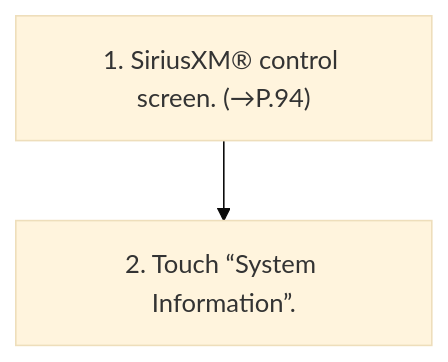
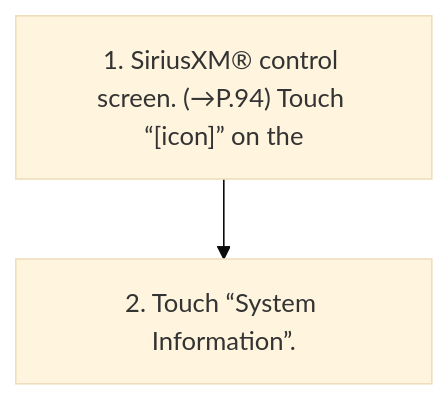
Before and after one commit to Chieko-Y/my-spec-generator: the diagram in workspace/subaru/outback-2026/ivi/published/audio/10-displaying-the-radio-id.md, drawn with Mermaid (base theme). The commit also changed other lines of this file and 477 other files, not shown here.

````diff
--- a/workspace/subaru/outback-2026/ivi/published/audio/10-displaying-the-radio-id.md
+++ b/workspace/subaru/outback-2026/ivi/published/audio/10-displaying-the-radio-id.md
@@ -9,6 +9,6 @@
 ```mermaid
 flowchart TD
-    S1["1. SiriusXM® control screen. (→P.94)"]
+    S1["1. SiriusXM® control screen. (→P.94) Touch “[icon]” on the"]
     S2["2. Touch “System Information”."]
     S1 --> S2
 ```
````
